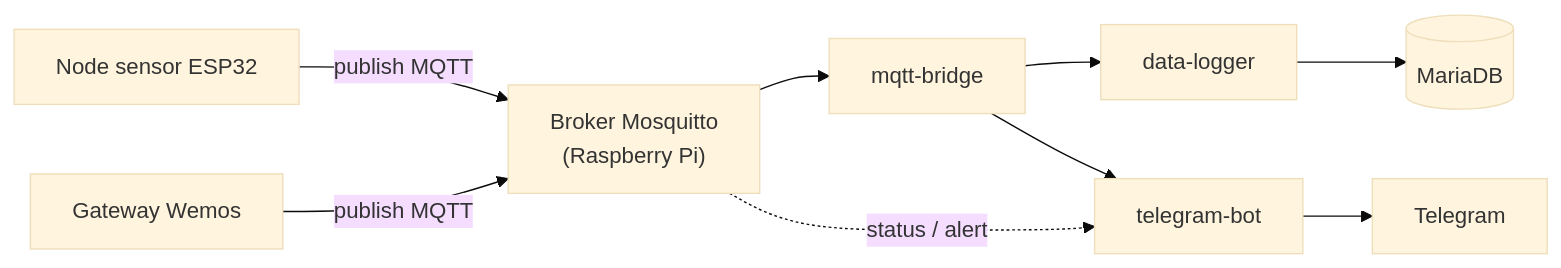
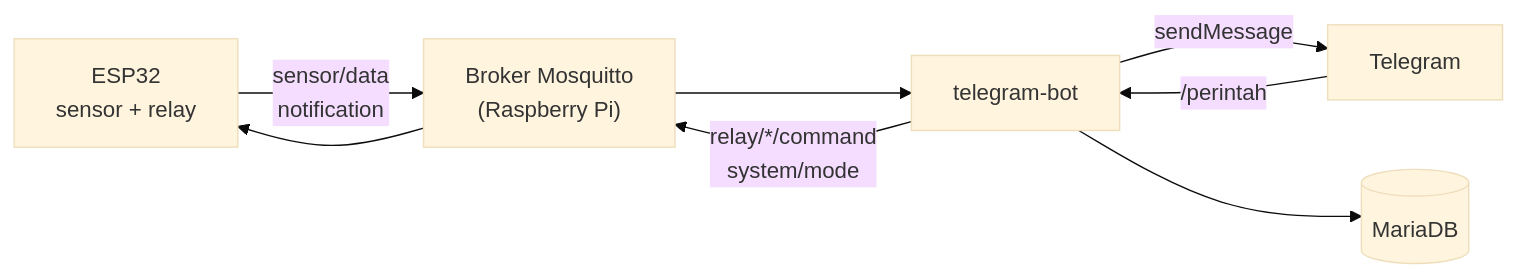
Before and after one commit to livinglab-source/Romyadhy: the diagram in README.id.md, drawn with Mermaid (base theme). The commit also changed other lines of this file and 32 other files, not shown here.

First line of the commit message:
docs(telegram-bot): document implemented bot, env-based config, MQTT contract

````diff
--- a/README.id.md
+++ b/README.id.md
@@ -13,11 +13,10 @@
 ```mermaid
 flowchart LR
-  A["Node sensor ESP32"] -->|publish MQTT| B["Broker Mosquitto<br/>(Raspberry Pi)"]
-  C["Gateway Wemos"] -->|publish MQTT| B
-  B --> D["mqtt-bridge"]
-  D --> E["data-logger"]
-  E --> F[("MariaDB")]
-  D --> G["telegram-bot"]
-  G --> H["Telegram"]
-  B -.->|status / alert| G
+  A["ESP32<br/>sensor + relay"] -->|"sensor/data<br/>notification"| B["Broker Mosquitto<br/>(Raspberry Pi)"]
+  B --> C["telegram-bot"]
+  C -->|"sendMessage"| D["Telegram"]
+  D -->|"/perintah"| C
+  C --> E[("MariaDB")]
+  C -->|"relay/*/command<br/>system/mode"| B
+  B --> A
 ```
````
